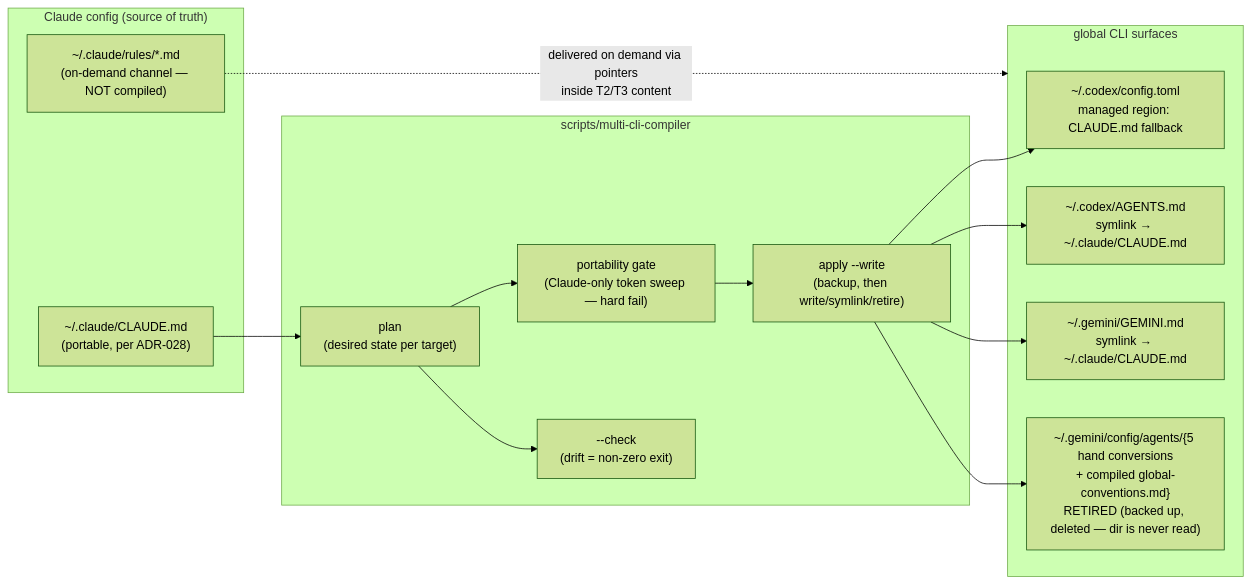
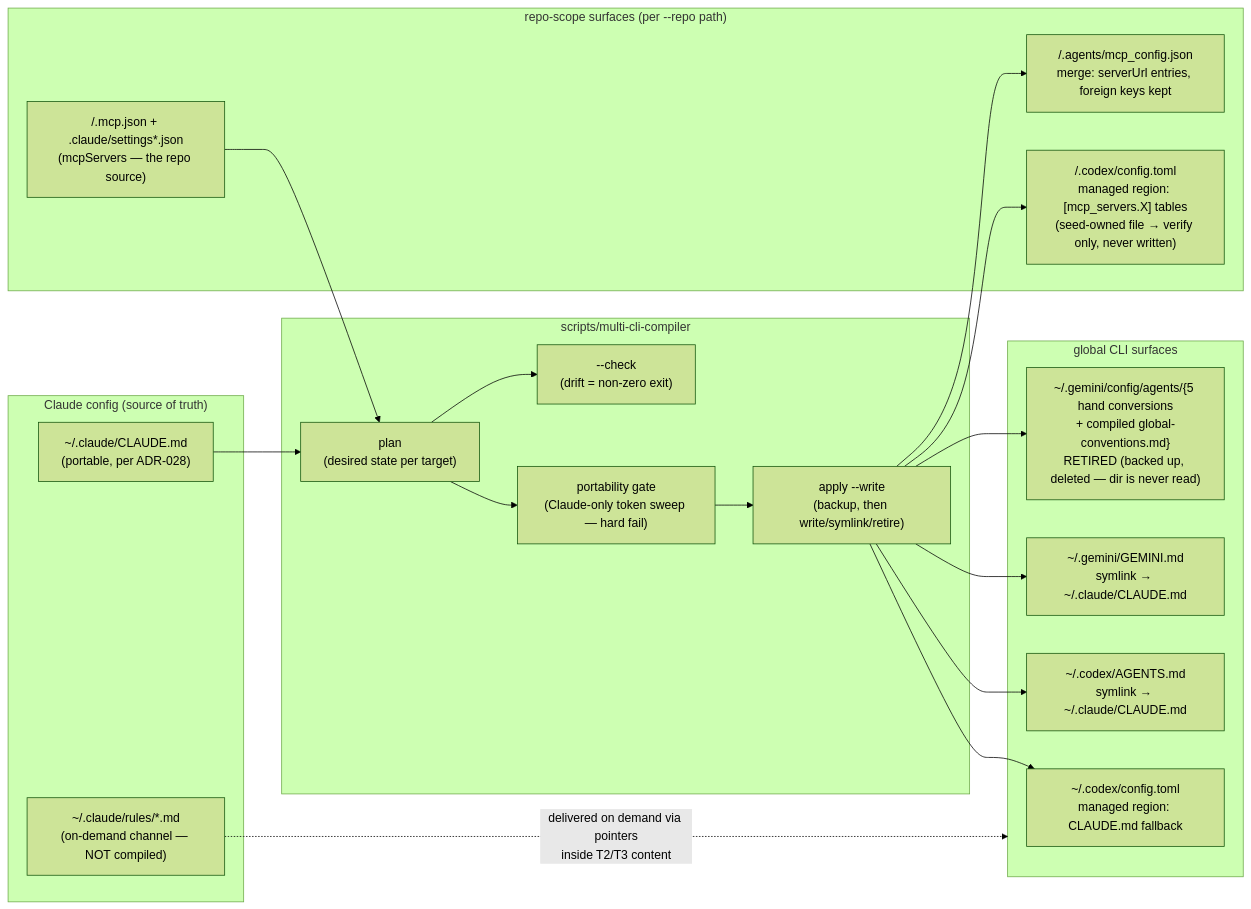
The diagram in docs/spec/nxtlvl-multi-cli-compiler.md (will-schaefer/nxtlvl-harness), drawn with Mermaid (forest theme) before and after one commit. The commit also changed other lines of this file and 2 other files, not shown here.

````diff
--- a/docs/spec/nxtlvl-multi-cli-compiler.md
+++ b/docs/spec/nxtlvl-multi-cli-compiler.md
@@ -55,24 +61,31 @@
 ```mermaid
 flowchart LR
     subgraph SOURCES["Claude config (source of truth)"]
         S1["~/.claude/CLAUDE.md<br/>(portable, per ADR-028)"]
         S2["~/.claude/rules/*.md<br/>(on-demand channel — NOT compiled)"]
     end
     subgraph COMPILER["scripts/multi-cli-compiler"]
         P["plan<br/>(desired state per target)"]
         G["portability gate<br/>(Claude-only token sweep — hard fail)"]
         A["apply --write<br/>(backup, then write/symlink/retire)"]
         V["--check<br/>(drift = non-zero exit)"]
         P --> G --> A
         P --> V
     end
     subgraph TARGETS["global CLI surfaces"]
         T1["~/.codex/config.toml<br/>managed region: CLAUDE.md fallback"]
         T2["~/.codex/AGENTS.md<br/>symlink → ~/.claude/CLAUDE.md"]
         T3["~/.gemini/GEMINI.md<br/>symlink → ~/.claude/CLAUDE.md"]
         T4["~/.gemini/config/agents/{5 hand conversions<br/>+ compiled global-conventions.md}<br/>RETIRED (backed up, deleted — dir is never read)"]
     end
+    subgraph REPO["repo-scope surfaces (per --repo path)"]
+        R0["<repo>/.mcp.json + .claude/settings*.json<br/>(mcpServers — the repo source)"]
+        R1["<repo>/.codex/config.toml<br/>managed region: [mcp_servers.X] tables<br/>(seed-owned file → verify only, never written)"]
+        R2["<repo>/.agents/mcp_config.json<br/>merge: serverUrl entries, foreign keys kept"]
+    end
     S1 --> P
+    R0 --> P
     A --> T1 & T2 & T3 & T4
+    A --> R1 & R2
     S2 -. "delivered on demand via pointers<br/>inside T2/T3 content" .-> TARGETS
 ```
````
